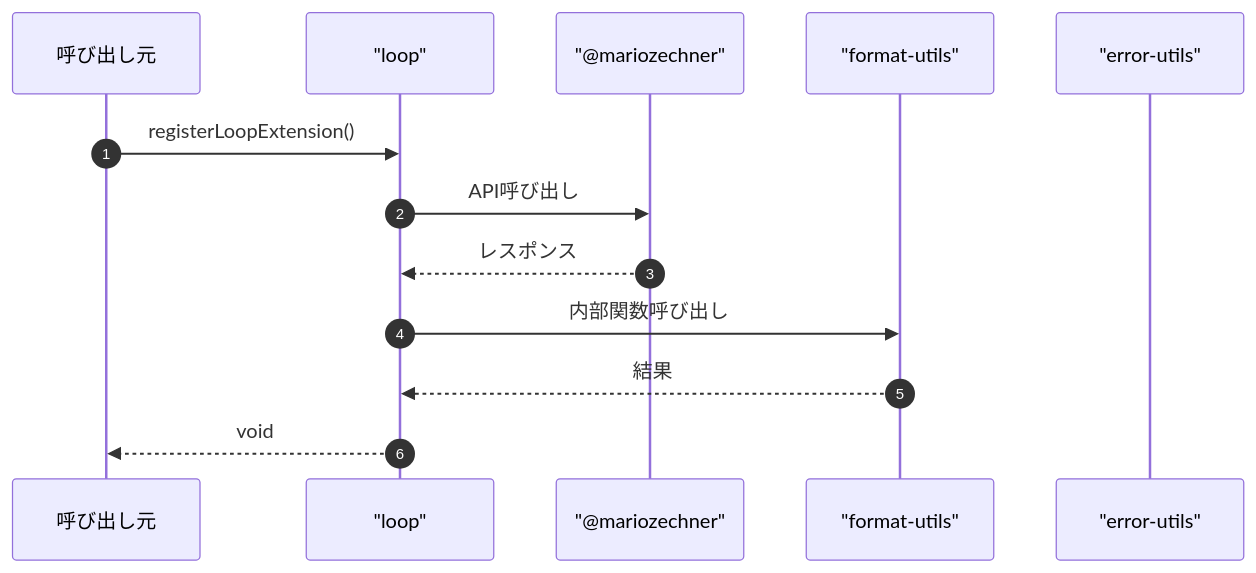
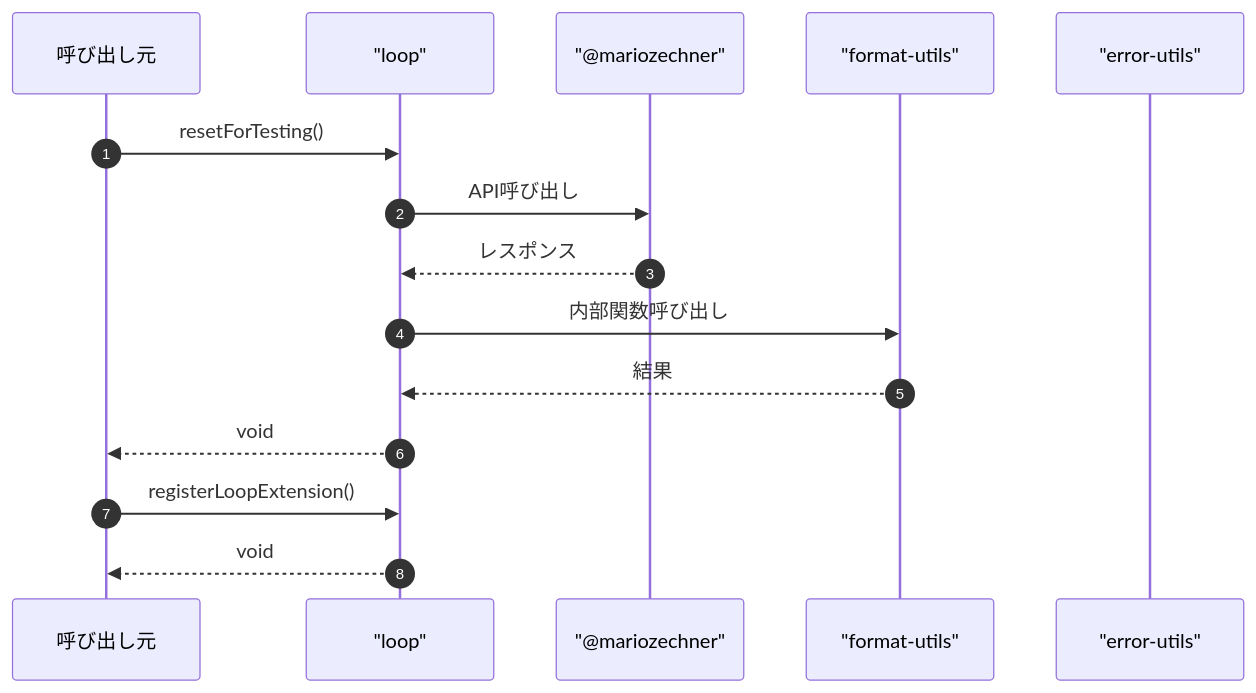
The fifth of 5 diagrams in ABDD/.pi/extensions/loop.md (Mekann2904/mekann), drawn with Mermaid before and after one commit. The commit also changed other lines of this file and 189 other files, not shown here.

````diff
--- a/ABDD/.pi/extensions/loop.md
+++ b/ABDD/.pi/extensions/loop.md
@@ -349,16 +366,19 @@
 ```mermaid
 sequenceDiagram
   autonumber
   participant Caller as 呼び出し元
   participant Mloop as "loop"
   participant mariozechner as "@mariozechner"
   participant format_utils as "format-utils"
   participant error_utils as "error-utils"
 
-  Caller->>Mloop: registerLoopExtension()
+  Caller->>Mloop: resetForTesting()
   Mloop->>mariozechner: API呼び出し
   mariozechner-->>Mloop: レスポンス
   Mloop->>format_utils: 内部関数呼び出し
   format_utils-->>Mloop: 結果
   Mloop-->>Caller: void
+
+  Caller->>Mloop: registerLoopExtension()
+  Mloop-->>Caller: void
 ```
````
